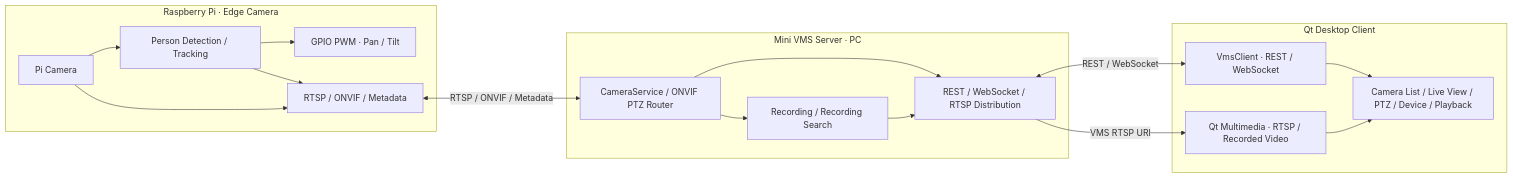
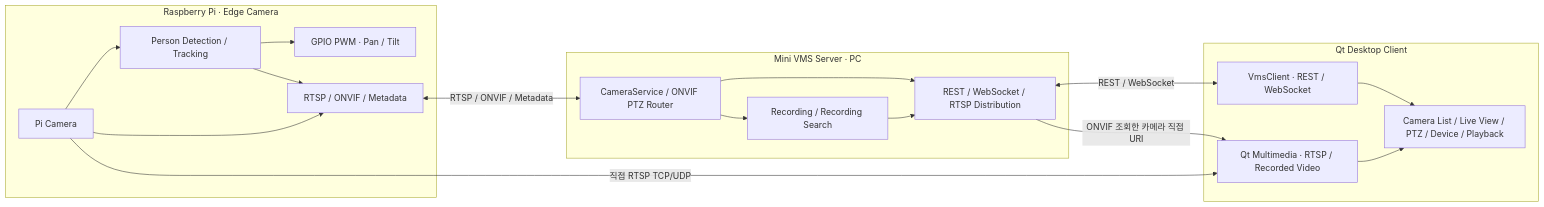
Before and after one commit to PTZ-CAMERA/Qt_Client: the first of 2 diagrams in README.md, drawn with Mermaid. The commit also changed other lines of this file and 30 other files, not shown here.

````diff
--- a/README.md
+++ b/README.md
@@ -7,31 +7,32 @@
 ```mermaid
 flowchart LR
     subgraph Pi["Raspberry Pi · Edge Camera"]
         Camera[Pi Camera]
         AI[Person Detection / Tracking]
         Servo[GPIO PWM · Pan / Tilt]
         Services[RTSP / ONVIF / Metadata]
         Camera --> AI
         AI --> Servo
         Camera --> Services
         AI --> Services
     end
     subgraph Server["Mini VMS Server · PC"]
         VMS[CameraService / ONVIF PTZ Router]
         REC[Recording / Recording Search]
         API[REST / WebSocket / RTSP Distribution]
         VMS --> API
         VMS --> REC
         REC --> API
     end
     subgraph Desktop["Qt Desktop Client"]
         Client[VmsClient · REST / WebSocket]
         Video[Qt Multimedia · RTSP / Recorded Video]
         UI[Camera List / Live View / PTZ / Device / Playback]
         Client --> UI
         Video --> UI
     end
     Services <-->|RTSP / ONVIF / Metadata| VMS
     API <-->|REST / WebSocket| Client
-    API -->|VMS RTSP URI| Video
+    API -->|ONVIF 조회한 카메라 직접 URI| Video
+    Camera -->|직접 RTSP TCP/UDP| Video
 ```
````
